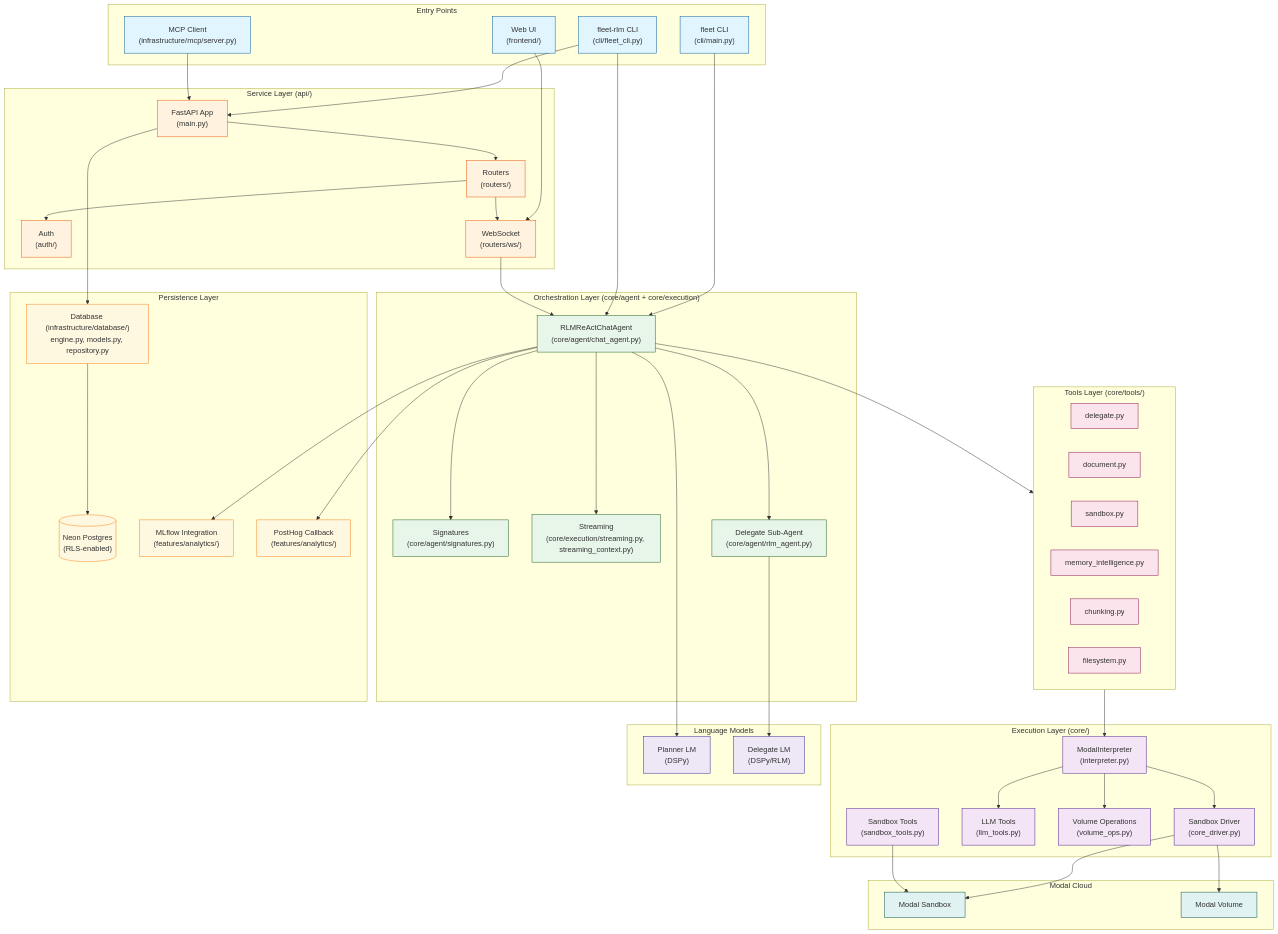
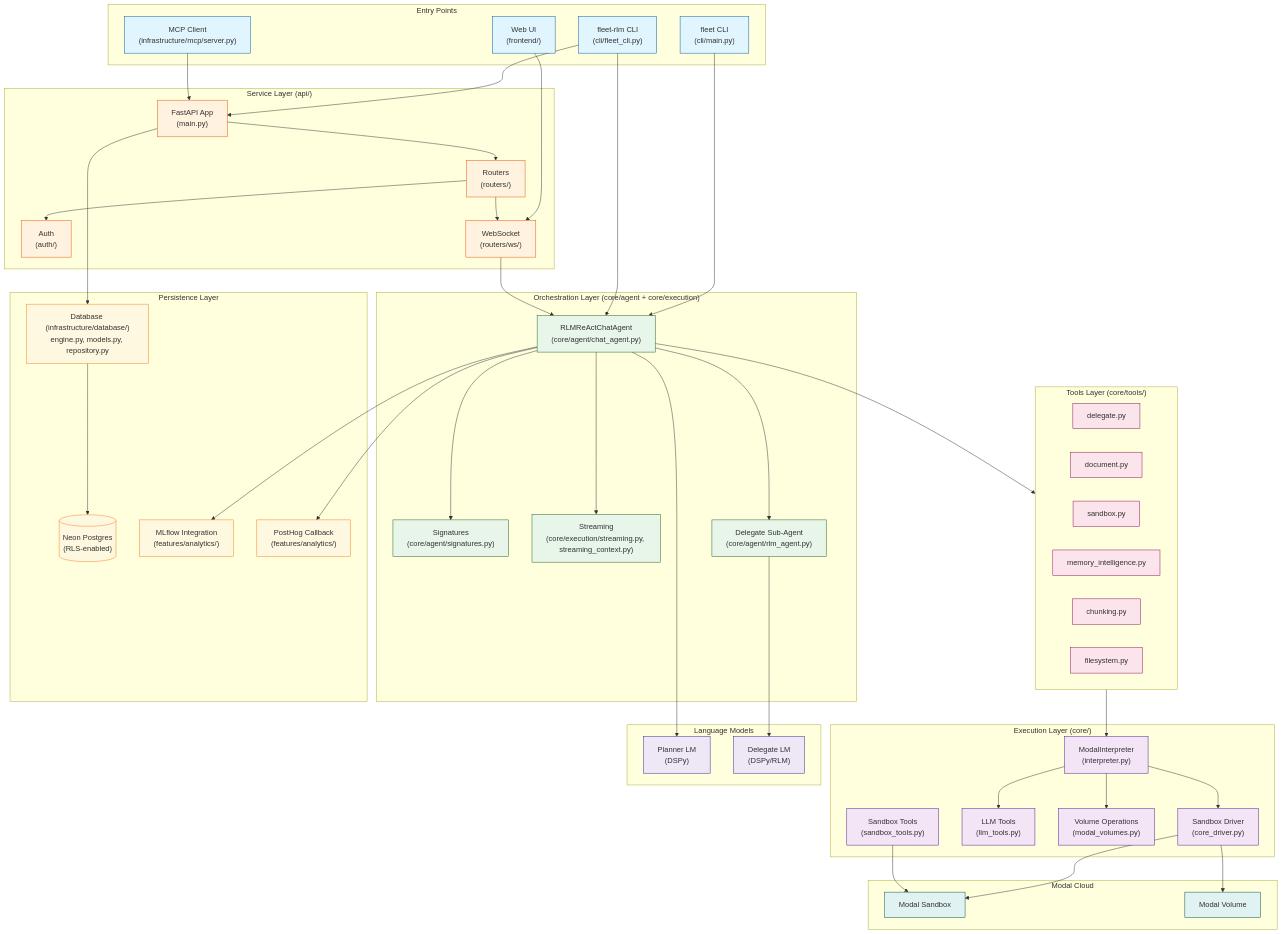
Before and after one commit to Qredence/fleet-rlm: the first of 6 diagrams in docs/architecture.md, drawn with Mermaid. The commit also changed other lines of this file and 62 other files, not shown here.

```diff
--- a/docs/architecture.md
+++ b/docs/architecture.md
@@ -57,7 +57,7 @@
         INTERPRETER["ModalInterpreter<br/>(interpreter.py)"]
         DRIVER["Sandbox Driver<br/>(core_driver.py)"]
         LLM_TOOLS["LLM Tools<br/>(llm_tools.py)"]
-        VOLUME_OPS["Volume Operations<br/>(volume_ops.py)"]
+        VOLUME_OPS["Volume Operations<br/>(modal_volumes.py)"]
         SANDBOX_TOOLS["Sandbox Tools<br/>(sandbox_tools.py)"]
     end
 
```
